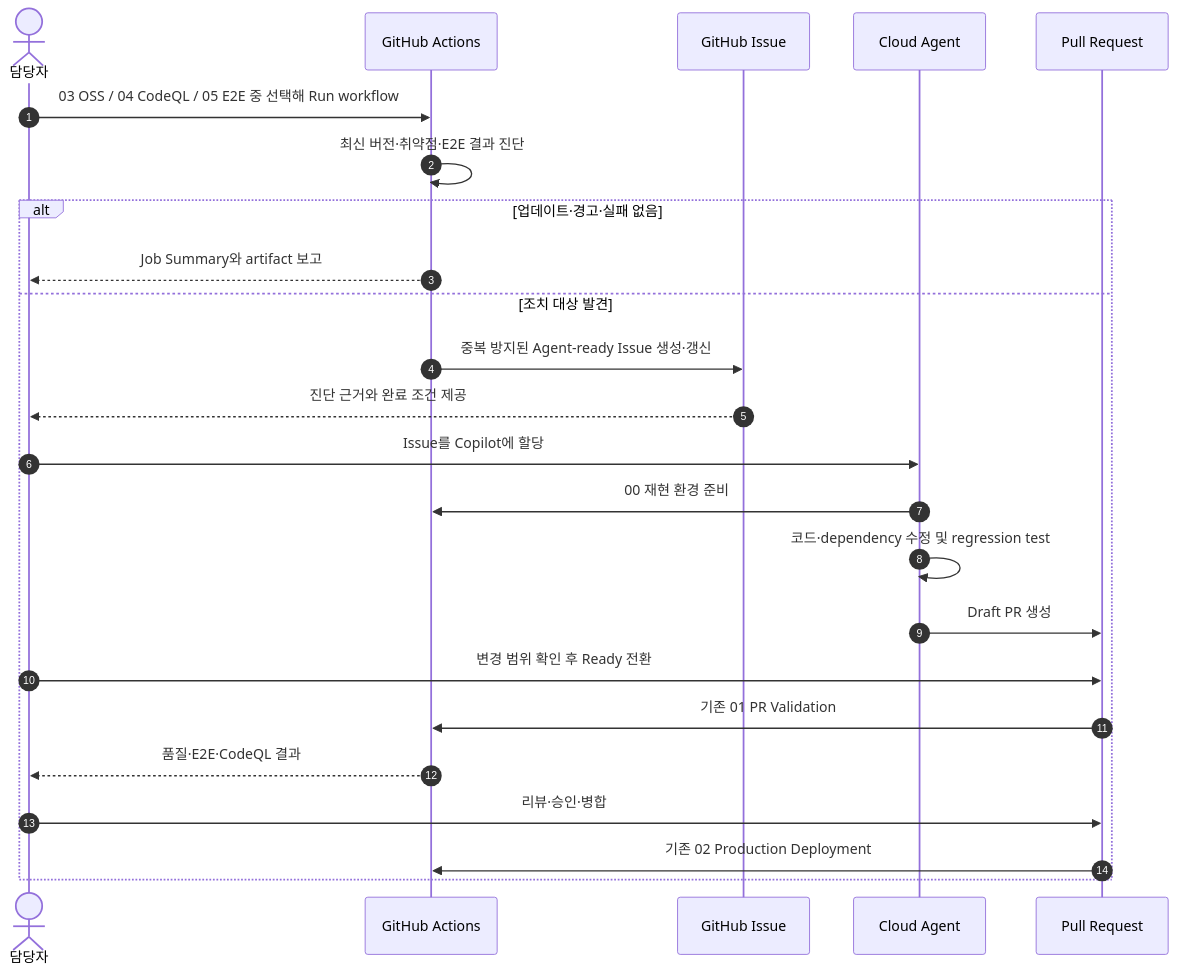
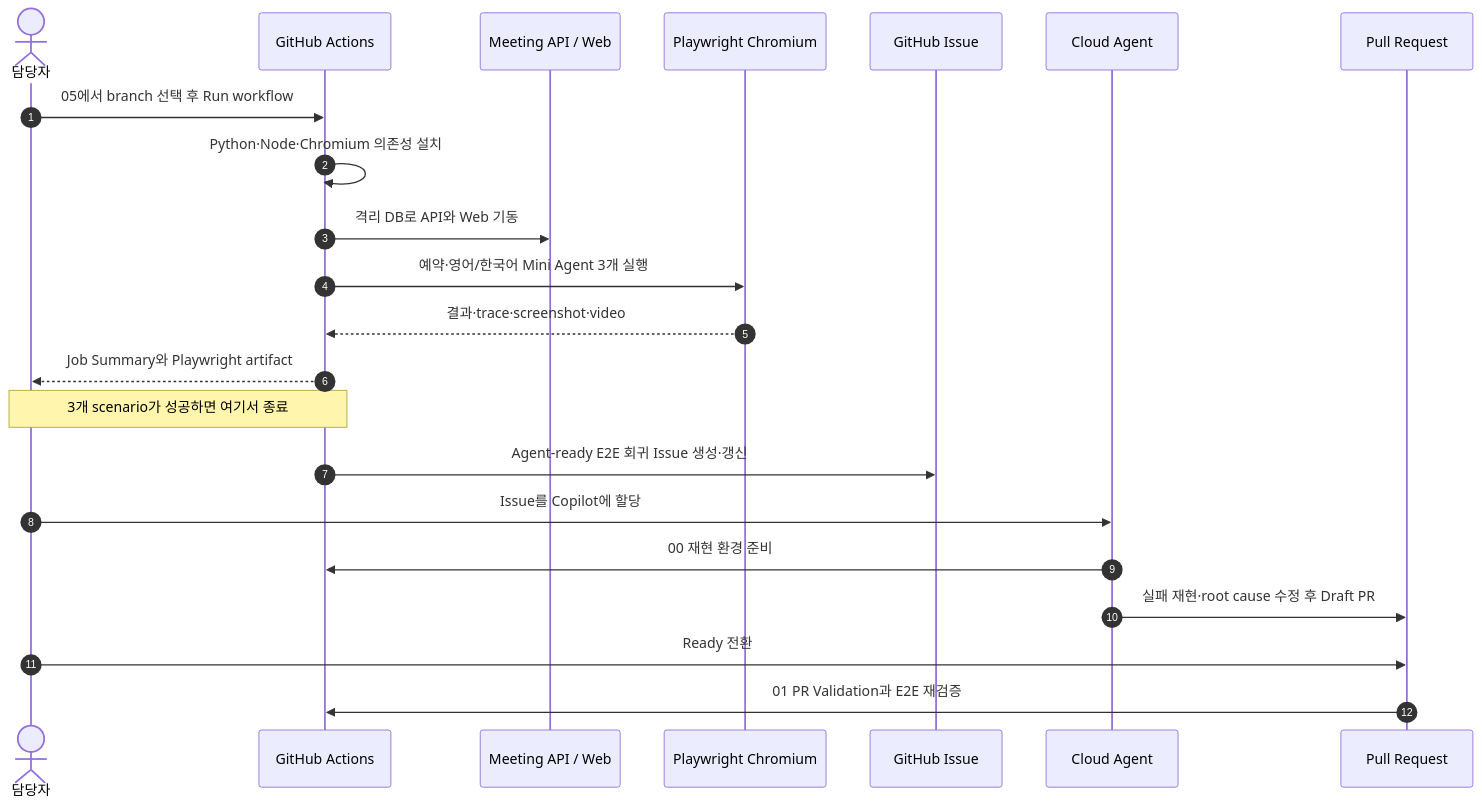
Before and after one commit to hijigoo/dev-agent-workflow: the fourth of 4 diagrams in README.md, drawn with Mermaid. The commit also changed other lines of this file, not shown here.

First line of the commit message:
docs: diagram each manual Agentic workflow

````diff
--- a/README.md
+++ b/README.md
@@ -158,28 +222,25 @@
 ```mermaid
 sequenceDiagram
     autonumber
     actor Human as 담당자
     participant Actions as GitHub Actions
+    participant App as Meeting API / Web
+    participant Browser as Playwright Chromium
     participant Issue as GitHub Issue
     participant Agent as Cloud Agent
     participant PR as Pull Request
 
-    Human->>Actions: 03 OSS / 04 CodeQL / 05 E2E 중 선택해 Run workflow
-    Actions->>Actions: 최신 버전·취약점·E2E 결과 진단
-
-    alt 업데이트·경고·실패 없음
-        Actions-->>Human: Job Summary와 artifact 보고
-    else 조치 대상 발견
-        Actions->>Issue: 중복 방지된 Agent-ready Issue 생성·갱신
-        Issue-->>Human: 진단 근거와 완료 조건 제공
-        Human->>Agent: Issue를 Copilot에 할당
-        Agent->>Actions: 00 재현 환경 준비
-        Agent->>Agent: 코드·dependency 수정 및 regression test
-        Agent->>PR: Draft PR 생성
-        Human->>PR: 변경 범위 확인 후 Ready 전환
-        PR->>Actions: 기존 01 PR Validation
-        Actions-->>Human: 품질·E2E·CodeQL 결과
-        Human->>PR: 리뷰·승인·병합
-        PR->>Actions: 기존 02 Production Deployment
-    end
+    Human->>Actions: 05에서 branch 선택 후 Run workflow
+    Actions->>Actions: Python·Node·Chromium 의존성 설치
+    Actions->>App: 격리 DB로 API와 Web 기동
+    Actions->>Browser: 예약·영어/한국어 Mini Agent 3개 실행
+    Browser-->>Actions: 결과·trace·screenshot·video
+    Actions-->>Human: Job Summary와 Playwright artifact
+    Note over Human,Actions: 3개 scenario가 성공하면 여기서 종료
+    Actions->>Issue: Agent-ready E2E 회귀 Issue 생성·갱신
+    Human->>Agent: Issue를 Copilot에 할당
+    Agent->>Actions: 00 재현 환경 준비
+    Agent->>PR: 실패 재현·root cause 수정 후 Draft PR
+    Human->>PR: Ready 전환
+    PR->>Actions: 01 PR Validation과 E2E 재검증
 ```
````
